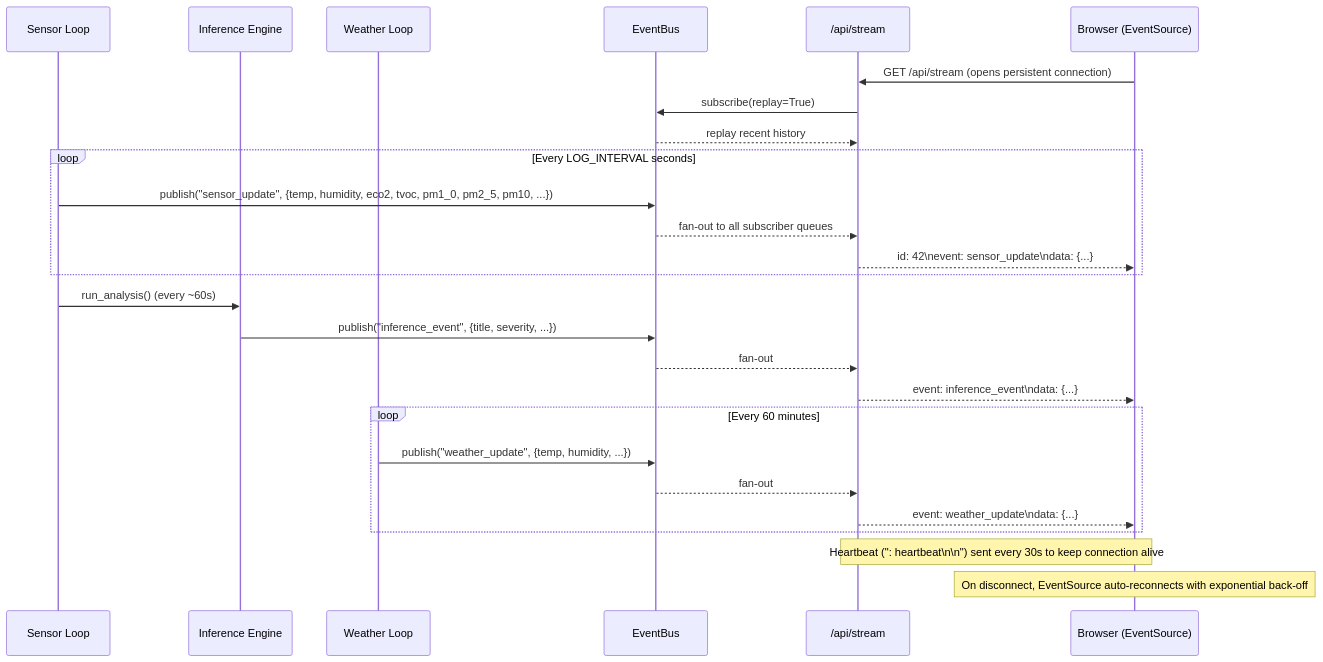
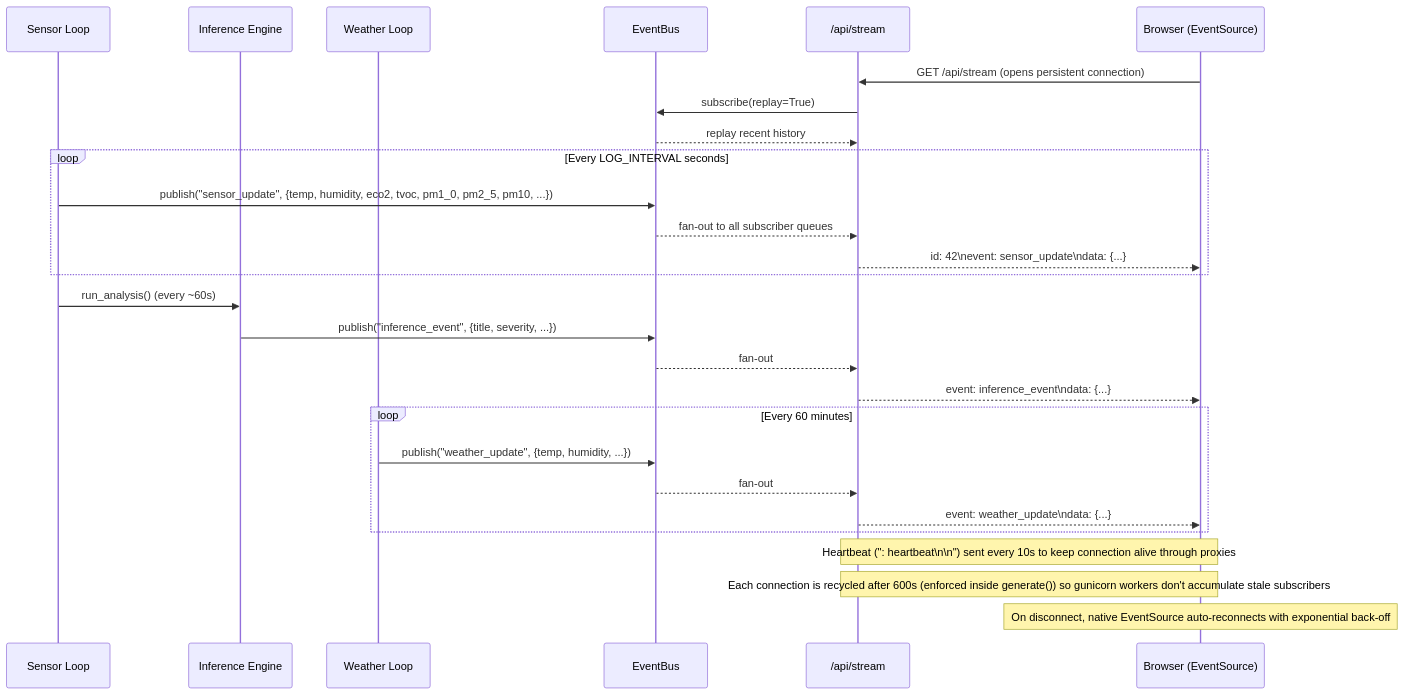
Before and after one commit to Ryan-be/mars-air-quility: the second of 5 diagrams in readme.md, drawn with Mermaid. The commit also changed other lines of this file and 63 other files, not shown here.

````diff
--- a/readme.md
+++ b/readme.md
@@ -199,33 +201,34 @@
 ```mermaid
 sequenceDiagram
     participant Sensor as Sensor Loop
     participant Inference as Inference Engine
     participant Weather as Weather Loop
     participant Bus as EventBus
     participant SSE as /api/stream
     participant Browser as Browser (EventSource)
 
     Browser->>SSE: GET /api/stream (opens persistent connection)
     SSE->>Bus: subscribe(replay=True)
     Bus-->>SSE: replay recent history
 
     loop Every LOG_INTERVAL seconds
         Sensor->>Bus: publish("sensor_update", {temp, humidity, eco2, tvoc, pm1_0, pm2_5, pm10, ...})
         Bus-->>SSE: fan-out to all subscriber queues
         SSE-->>Browser: id: 42\nevent: sensor_update\ndata: {...}
     end
 
     Sensor->>Inference: run_analysis() (every ~60s)
     Inference->>Bus: publish("inference_event", {title, severity, ...})
     Bus-->>SSE: fan-out
     SSE-->>Browser: event: inference_event\ndata: {...}
 
     loop Every 60 minutes
         Weather->>Bus: publish("weather_update", {temp, humidity, ...})
         Bus-->>SSE: fan-out
         SSE-->>Browser: event: weather_update\ndata: {...}
     end
 
-    Note over SSE,Browser: Heartbeat (": heartbeat\n\n") sent every 30s to keep connection alive
-    Note over Browser: On disconnect, EventSource auto-reconnects with exponential back-off
+    Note over SSE,Browser: Heartbeat (": heartbeat\n\n") sent every 10s to keep connection alive through proxies
+    Note over SSE,Browser: Each connection is recycled after 600s (enforced inside generate()) so gunicorn workers don't accumulate stale subscribers
+    Note over Browser: On disconnect, native EventSource auto-reconnects with exponential back-off
 ```
````
